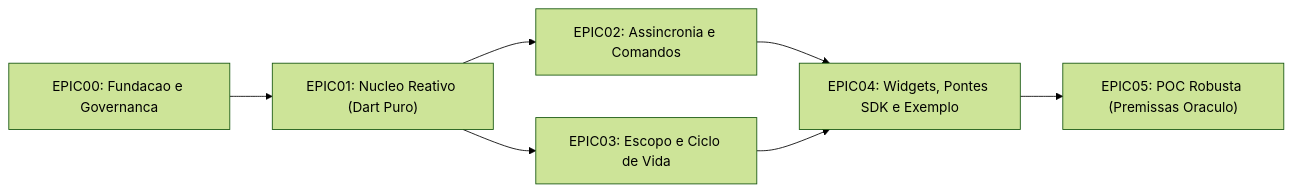
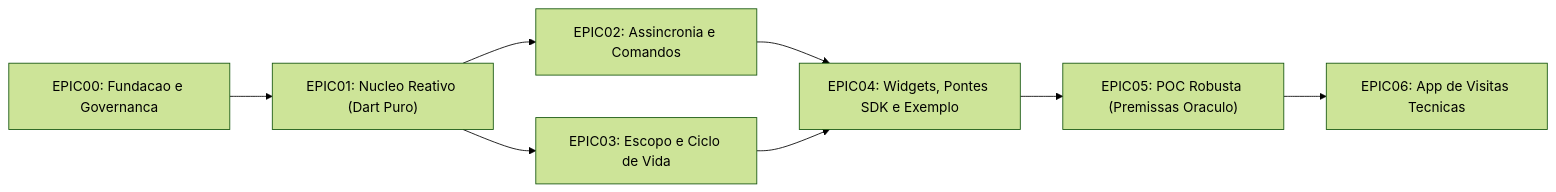
Before and after one commit to DenersonNobre/Kortex: the diagram in docs/plan/README.md, drawn with Mermaid (forest theme). The commit also changed other lines of this file and 2 other files, not shown here.

Commit message:
docs(plano): EPIC06 app de visitas tecnicas (agregados, ports, stores async)

````diff
--- a/docs/plan/README.md
+++ b/docs/plan/README.md
@@ -10,9 +10,10 @@
 ```mermaid
 flowchart LR
     E0["EPIC00: Fundacao e Governanca"] --> E1["EPIC01: Nucleo Reativo (Dart Puro)"]
     E1 --> E2["EPIC02: Assincronia e Comandos"]
     E1 --> E3["EPIC03: Escopo e Ciclo de Vida"]
     E2 --> E4["EPIC04: Widgets, Pontes SDK e Exemplo"]
     E3 --> E4
     E4 --> E5["EPIC05: POC Robusta (Premissas Oraculo)"]
+    E5 --> E6["EPIC06: App de Visitas Tecnicas"]
 ```
````
